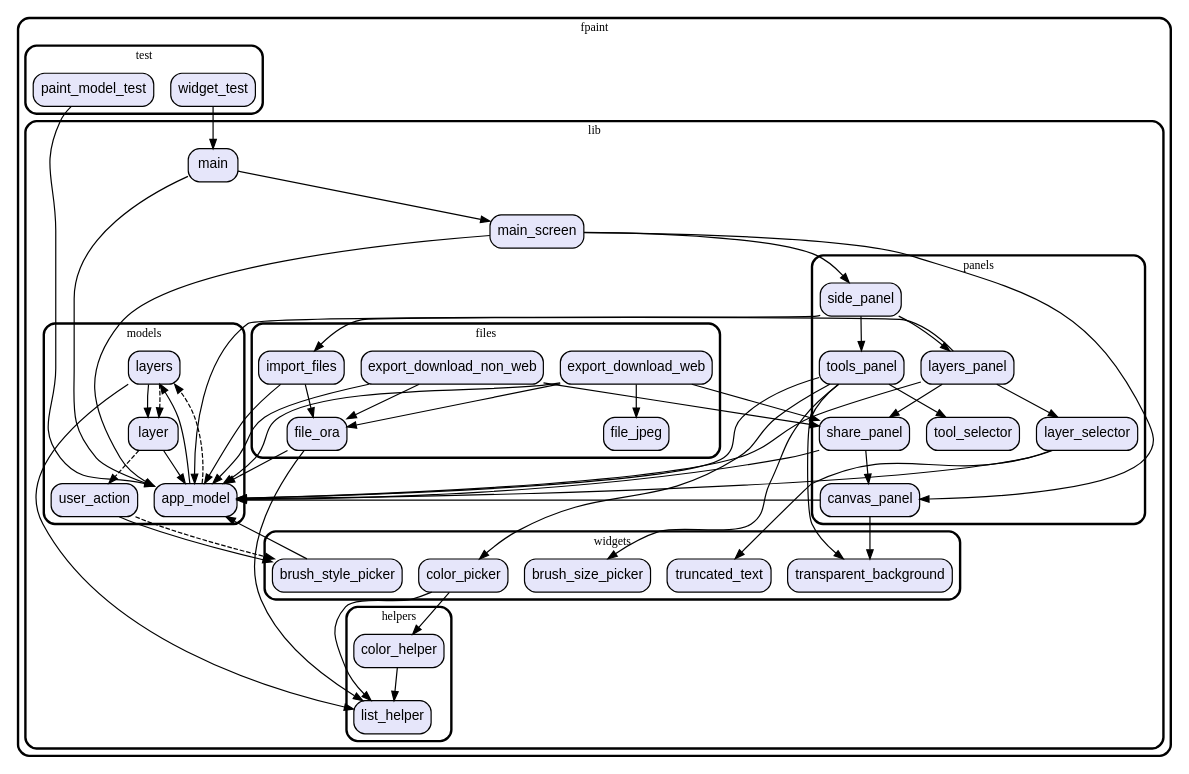
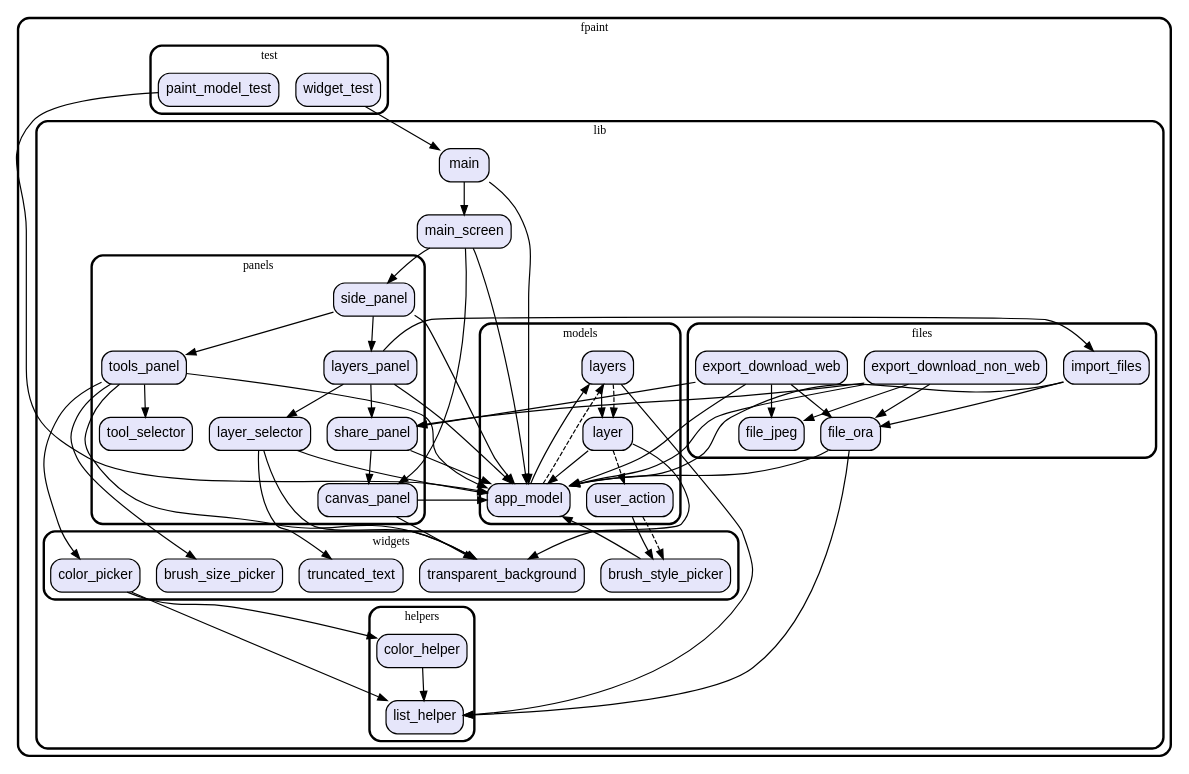
One commit to vteam-com/fPaint changed the diagram in graph.dot. Above: the diagram before and after it, drawn with Graphviz. The commit also changed 7 other files, not shown here.

```diff
--- a/graph.dot
+++ b/graph.dot
@@ -1,132 +1,135 @@
 digraph "" {
   graph [style=rounded fontname="Arial Black" fontsize=13 penwidth=2.6];
   node [shape=rect style="filled,rounded" fontname=Arial fontsize=15 fillcolor=Lavender penwidth=1.3];
   edge [penwidth=1.3];
   "/test/paint_model_test.dart" [label="paint_model_test"];
   "/test/widget_test.dart" [label="widget_test"];
   "/lib/panels/tool_selector.dart" [label="tool_selector"];
   "/lib/panels/canvas_panel.dart" [label="canvas_panel"];
   "/lib/panels/layer_selector.dart" [label="layer_selector"];
   "/lib/panels/side_panel.dart" [label="side_panel"];
   "/lib/panels/share_panel.dart" [label="share_panel"];
   "/lib/panels/tools_panel.dart" [label="tools_panel"];
   "/lib/panels/layers_panel.dart" [label="layers_panel"];
   "/lib/models/layers.dart" [label="layers"];
   "/lib/models/user_action.dart" [label="user_action"];
   "/lib/models/app_model.dart" [label="app_model"];
   "/lib/models/layer.dart" [label="layer"];
   "/lib/main.dart" [label="main"];
   "/lib/files/file_jpeg.dart" [label="file_jpeg"];
   "/lib/files/export_download_web.dart" [label="export_download_web"];
   "/lib/files/file_ora.dart" [label="file_ora"];
   "/lib/files/export_download_non_web.dart" [label="export_download_non_web"];
   "/lib/files/import_files.dart" [label="import_files"];
   "/lib/main_screen.dart" [label="main_screen"];
   "/lib/helpers/list_helper.dart" [label="list_helper"];
   "/lib/helpers/color_helper.dart" [label="color_helper"];
   "/lib/widgets/truncated_text.dart" [label="truncated_text"];
   "/lib/widgets/brush_size_picker.dart" [label="brush_size_picker"];
   "/lib/widgets/transparent_background.dart" [label="transparent_background"];
   "/lib/widgets/brush_style_picker.dart" [label="brush_style_picker"];
   "/lib/widgets/color_picker.dart" [label="color_picker"];
   subgraph "cluster~" {
     label="fpaint";
     subgraph "cluster~/test" {
       label="test";
       "/test/paint_model_test.dart";
       "/test/widget_test.dart";
     }
     subgraph "cluster~/lib" {
       label="lib";
       "/lib/main.dart";
       "/lib/main_screen.dart";
       subgraph "cluster~/lib/panels" {
         label="panels";
         "/lib/panels/tool_selector.dart";
         "/lib/panels/canvas_panel.dart";
         "/lib/panels/layer_selector.dart";
         "/lib/panels/side_panel.dart";
         "/lib/panels/share_panel.dart";
         "/lib/panels/tools_panel.dart";
         "/lib/panels/layers_panel.dart";
       }
       subgraph "cluster~/lib/models" {
         label="models";
         "/lib/models/layers.dart";
         "/lib/models/user_action.dart";
         "/lib/models/app_model.dart";
         "/lib/models/layer.dart";
       }
       subgraph "cluster~/lib/files" {
         label="files";
         "/lib/files/file_jpeg.dart";
         "/lib/files/export_download_web.dart";
         "/lib/files/file_ora.dart";
         "/lib/files/export_download_non_web.dart";
         "/lib/files/import_files.dart";
       }
       subgraph "cluster~/lib/helpers" {
         label="helpers";
         "/lib/helpers/list_helper.dart";
         "/lib/helpers/color_helper.dart";
       }
       subgraph "cluster~/lib/widgets" {
         label="widgets";
         "/lib/widgets/truncated_text.dart";
         "/lib/widgets/brush_size_picker.dart";
         "/lib/widgets/transparent_background.dart";
         "/lib/widgets/brush_style_picker.dart";
         "/lib/widgets/color_picker.dart";
       }
     }
   }
   "/test/paint_model_test.dart" -> "/lib/models/app_model.dart";
   "/test/widget_test.dart" -> "/lib/main.dart";
   "/lib/panels/canvas_panel.dart" -> "/lib/models/app_model.dart";
   "/lib/panels/canvas_panel.dart" -> "/lib/widgets/transparent_background.dart";
   "/lib/panels/layer_selector.dart" -> "/lib/models/app_model.dart";
+  "/lib/panels/layer_selector.dart" -> "/lib/widgets/transparent_background.dart";
   "/lib/panels/layer_selector.dart" -> "/lib/widgets/truncated_text.dart";
   "/lib/panels/side_panel.dart" -> "/lib/models/app_model.dart";
   "/lib/panels/side_panel.dart" -> "/lib/panels/layers_panel.dart";
   "/lib/panels/side_panel.dart" -> "/lib/panels/tools_panel.dart";
   "/lib/panels/share_panel.dart" -> "/lib/models/app_model.dart";
   "/lib/panels/share_panel.dart" -> "/lib/panels/canvas_panel.dart";
   "/lib/panels/tools_panel.dart" -> "/lib/models/app_model.dart";
   "/lib/panels/tools_panel.dart" -> "/lib/panels/tool_selector.dart";
   "/lib/panels/tools_panel.dart" -> "/lib/widgets/brush_size_picker.dart";
   "/lib/panels/tools_panel.dart" -> "/lib/widgets/color_picker.dart";
   "/lib/panels/tools_panel.dart" -> "/lib/widgets/transparent_background.dart";
   "/lib/panels/layers_panel.dart" -> "/lib/files/import_files.dart";
   "/lib/panels/layers_panel.dart" -> "/lib/models/app_model.dart";
   "/lib/panels/layers_panel.dart" -> "/lib/panels/layer_selector.dart";
   "/lib/panels/layers_panel.dart" -> "/lib/panels/share_panel.dart";
   "/lib/models/layers.dart" -> "/lib/helpers/list_helper.dart";
   "/lib/models/layers.dart" -> "/lib/models/layer.dart";
   "/lib/models/layers.dart" -> "/lib/models/layer.dart" [style=dashed];
   "/lib/models/user_action.dart" -> "/lib/widgets/brush_style_picker.dart";
   "/lib/models/user_action.dart" -> "/lib/widgets/brush_style_picker.dart" [style=dashed];
   "/lib/models/app_model.dart" -> "/lib/models/layers.dart";
   "/lib/models/app_model.dart" -> "/lib/models/layers.dart" [style=dashed];
   "/lib/models/layer.dart" -> "/lib/models/app_model.dart";
+  "/lib/models/layer.dart" -> "/lib/widgets/transparent_background.dart";
   "/lib/models/layer.dart" -> "/lib/models/user_action.dart" [style=dashed];
   "/lib/main.dart" -> "/lib/main_screen.dart";
   "/lib/main.dart" -> "/lib/models/app_model.dart";
   "/lib/files/export_download_web.dart" -> "/lib/files/file_jpeg.dart";
   "/lib/files/export_download_web.dart" -> "/lib/files/file_ora.dart";
   "/lib/files/export_download_web.dart" -> "/lib/models/app_model.dart";
   "/lib/files/export_download_web.dart" -> "/lib/panels/share_panel.dart";
   "/lib/files/file_ora.dart" -> "/lib/helpers/list_helper.dart";
   "/lib/files/file_ora.dart" -> "/lib/models/app_model.dart";
+  "/lib/files/export_download_non_web.dart" -> "/lib/files/file_jpeg.dart";
   "/lib/files/export_download_non_web.dart" -> "/lib/files/file_ora.dart";
   "/lib/files/export_download_non_web.dart" -> "/lib/models/app_model.dart";
   "/lib/files/export_download_non_web.dart" -> "/lib/panels/share_panel.dart";
   "/lib/files/import_files.dart" -> "/lib/files/file_ora.dart";
   "/lib/files/import_files.dart" -> "/lib/models/app_model.dart";
   "/lib/main_screen.dart" -> "/lib/panels/canvas_panel.dart";
   "/lib/main_screen.dart" -> "/lib/panels/side_panel.dart";
   "/lib/main_screen.dart" -> "/lib/models/app_model.dart";
   "/lib/helpers/color_helper.dart" -> "/lib/helpers/list_helper.dart";
   "/lib/widgets/brush_style_picker.dart" -> "/lib/models/app_model.dart";
   "/lib/widgets/color_picker.dart" -> "/lib/helpers/color_helper.dart";
   "/lib/widgets/color_picker.dart" -> "/lib/helpers/list_helper.dart";
 }
```
